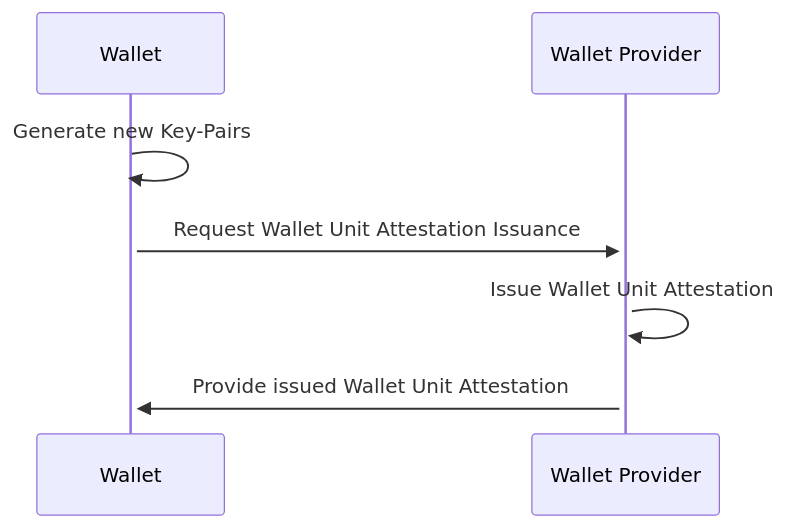
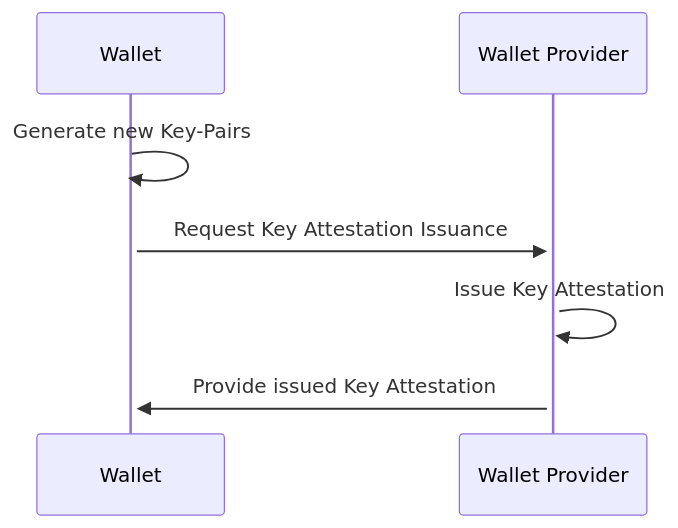
The fourth of 4 diagrams in README.md (niscy-eudiw/eudi-srv-wallet-provider), drawn with Mermaid before and after one commit. The commit also changed other lines of this file and 10 other files, not shown here.

Commit message:
Rename references to `Wallet Unit Attestation` to `Key Attestation` (#89)

````diff
--- a/README.md
+++ b/README.md
@@ -172,10 +168,10 @@
 ```mermaid
 sequenceDiagram    
     participant W as Wallet
     participant WP as Wallet Provider
     
     W->>+W: Generate new Key-Pairs
-    W->>+WP: Request Wallet Unit Attestation Issuance
-    WP->>+WP: Issue Wallet Unit Attestation
-    WP->>+W: Provide issued Wallet Unit Attestation
+    W->>+WP: Request Key Attestation Issuance
+    WP->>+WP: Issue Key Attestation
+    WP->>+W: Provide issued Key Attestation
 ```
````
